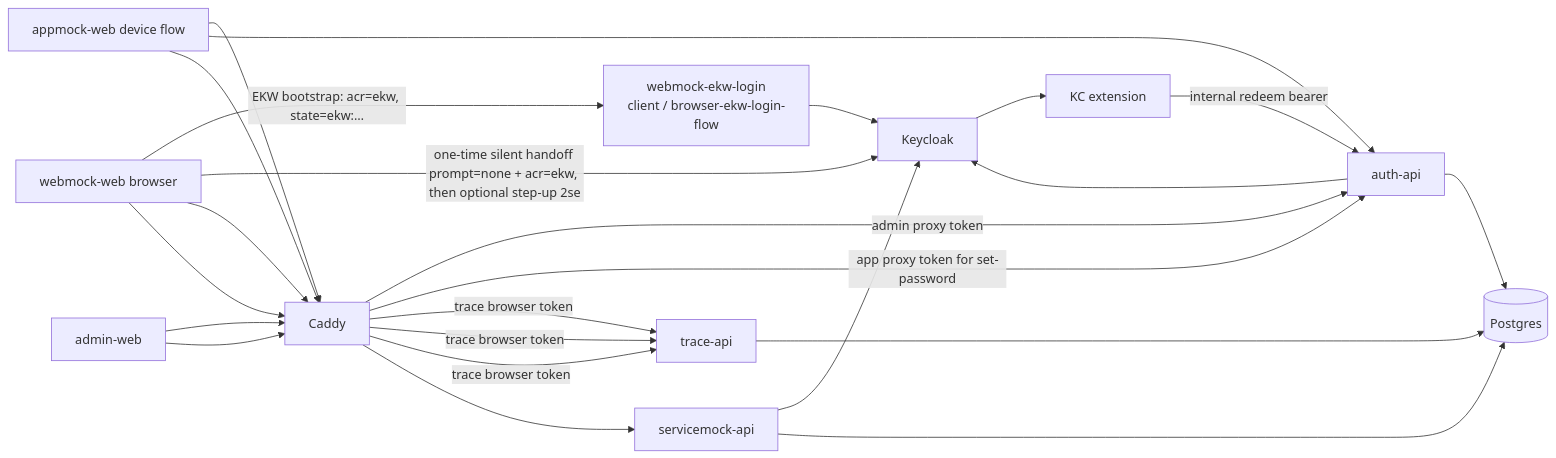
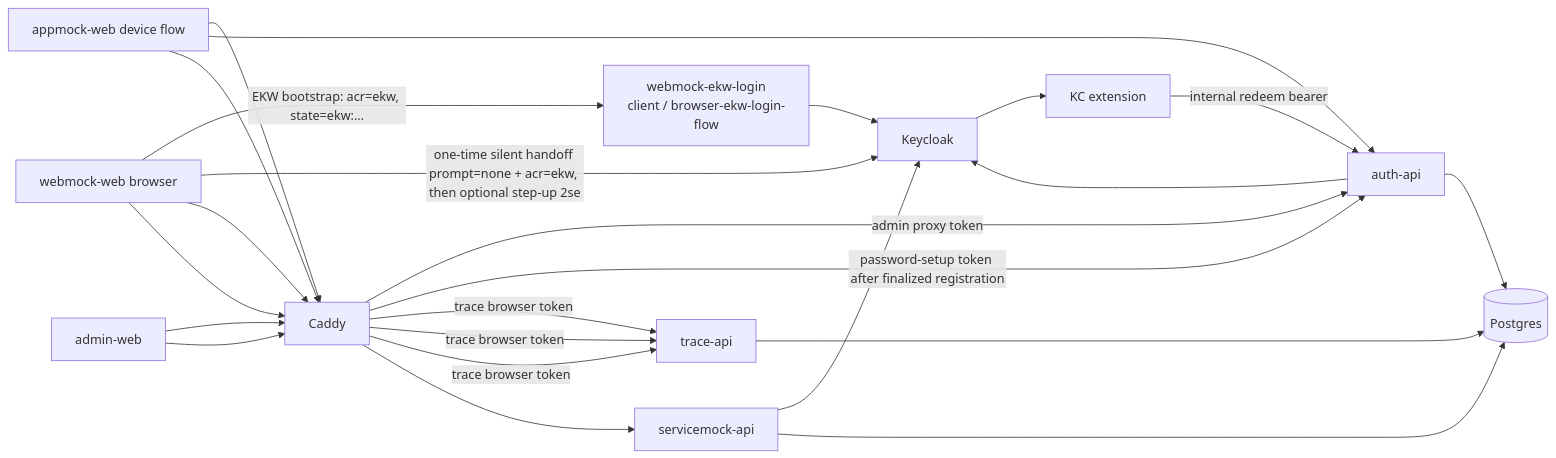
One commit to rpreissel/auth-sandbox-2 changed the diagram in ADR_REGISTRATION_STEPUP_ARCHITECTURE.md. Above: the diagram before and after it, drawn with Mermaid. The commit also changed 18 other files, not shown here.

Commit message:
replace app proxy token on app routes

````diff
--- a/ADR_REGISTRATION_STEPUP_ARCHITECTURE.md
+++ b/ADR_REGISTRATION_STEPUP_ARCHITECTURE.md
@@ -196,31 +196,31 @@
 ```mermaid
 flowchart LR
   Browser[webmock-web browser]
   Device[appmock-web device flow]
   Admin[admin-web]
   Caddy[Caddy]
   Auth[auth-api]
   Trace[trace-api]
   Mock[servicemock-api]
   KC[Keycloak]
   Ext[KC extension]
   DB[(Postgres)]
   EkwClient[webmock-ekw-login\nclient / browser-ekw-login-flow]
 
   Admin --> Caddy -->|admin proxy token| Auth
-  Device --> Caddy -->|app proxy token for set-password| Auth
+  Device --> Caddy -->|password-setup token after finalized registration| Auth
   Device --> Auth
   Browser -->|EKW bootstrap: acr=ekw, state=ekw:…| EkwClient --> KC
   Browser -->|one-time silent handoff prompt=none + acr=ekw, then optional step-up 2se| KC
   Browser --> Caddy -->|trace browser token| Trace
   Device --> Caddy -->|trace browser token| Trace
   Admin --> Caddy -->|trace browser token| Trace
   Browser --> Caddy --> Mock
   Mock --> KC
   Auth --> KC
   Auth --> DB
   Trace --> DB
   Mock --> DB
   KC --> Ext
   Ext -->|internal redeem bearer| Auth
 ```
````
